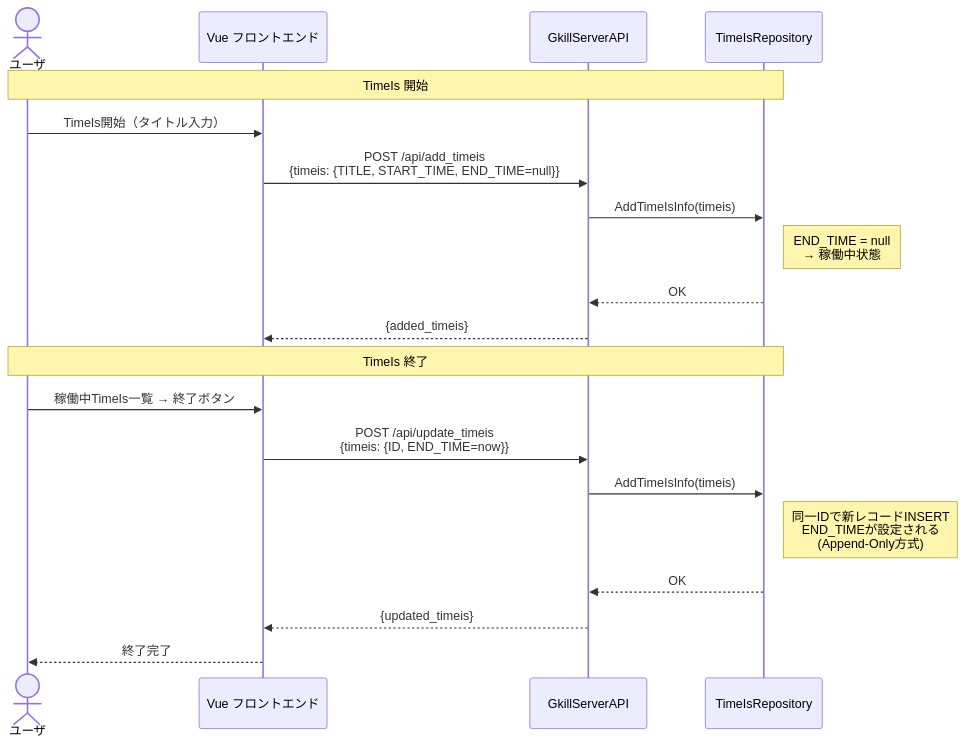
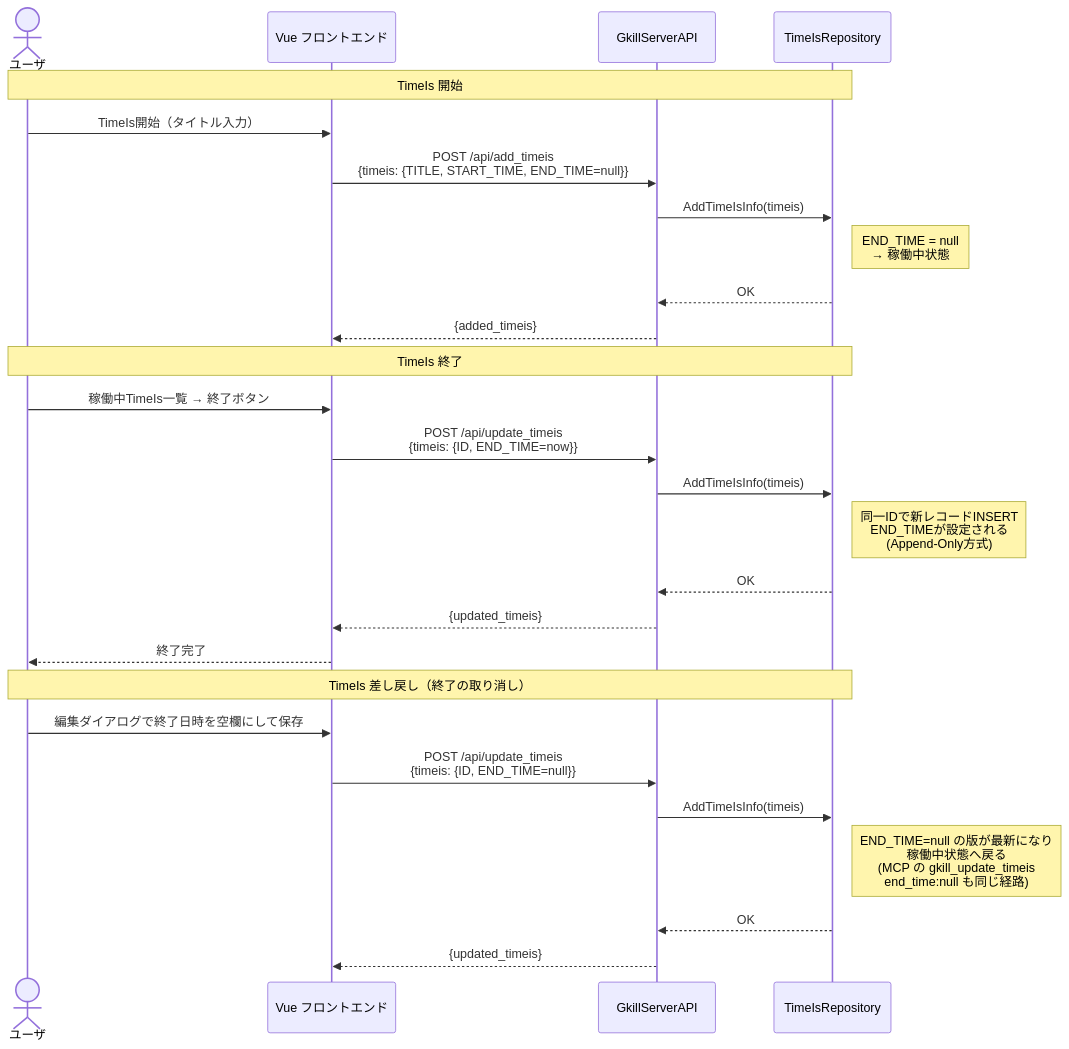
Diagram 11 of 29 in documents/reverse/sequence-diagrams.md (mt3hr/gkill), drawn with Mermaid before and after one commit. The commit also changed other lines of this file and 33 other files, not shown here.

````diff
--- a/documents/reverse/sequence-diagrams.md
+++ b/documents/reverse/sequence-diagrams.md
@@ -402,24 +402,32 @@
 ```mermaid
 sequenceDiagram
     actor User as ユーザ
     participant UI as Vue フロントエンド
     participant API as GkillServerAPI
     participant TimeIsRep as TimeIsRepository
 
     Note over User,TimeIsRep: TimeIs 開始
     User->>UI: TimeIs開始（タイトル入力）
     UI->>API: POST /api/add_timeis<br>{timeis: {TITLE, START_TIME, END_TIME=null}}
     API->>TimeIsRep: AddTimeIsInfo(timeis)
     Note right of TimeIsRep: END_TIME = null<br>→ 稼働中状態
     TimeIsRep-->>API: OK
     API-->>UI: {added_timeis}
 
     Note over User,TimeIsRep: TimeIs 終了
     User->>UI: 稼働中TimeIs一覧 → 終了ボタン
     UI->>API: POST /api/update_timeis<br>{timeis: {ID, END_TIME=now}}
     API->>TimeIsRep: AddTimeIsInfo(timeis)
     Note right of TimeIsRep: 同一IDで新レコードINSERT<br>END_TIMEが設定される<br>(Append-Only方式)
     TimeIsRep-->>API: OK
     API-->>UI: {updated_timeis}
     UI-->>User: 終了完了
+
+    Note over User,TimeIsRep: TimeIs 差し戻し（終了の取り消し）
+    User->>UI: 編集ダイアログで終了日時を空欄にして保存
+    UI->>API: POST /api/update_timeis<br>{timeis: {ID, END_TIME=null}}
+    API->>TimeIsRep: AddTimeIsInfo(timeis)
+    Note right of TimeIsRep: END_TIME=null の版が最新になり<br>稼働中状態へ戻る<br>(MCP の gkill_update_timeis<br>end_time:null も同じ経路)
+    TimeIsRep-->>API: OK
+    API-->>UI: {updated_timeis}
 ```
````
